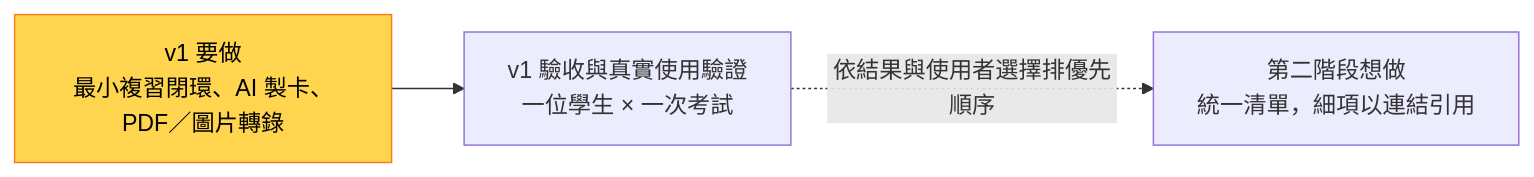
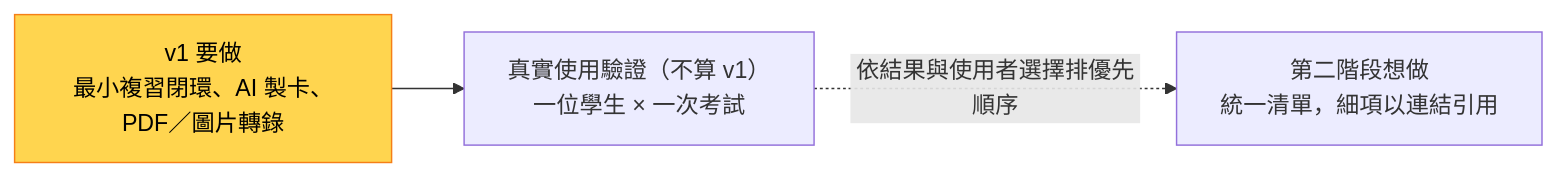
One commit to kuohappiness/Essence-Cards changed the diagram in docs/roadmap.md. Above: the diagram before and after it, drawn with Mermaid. The commit also changed other lines of this file and 6 other files, not shown here.

````diff
--- a/docs/roadmap.md
+++ b/docs/roadmap.md
@@ -26,6 +26,6 @@
 ```mermaid
 flowchart LR
-  A["v1 要做<br/>最小複習閉環、AI 製卡、PDF／圖片轉錄"]:::now --> B["v1 驗收與真實使用驗證<br/>一位學生 × 一次考試"]
+  A["v1 要做<br/>最小複習閉環、AI 製卡、PDF／圖片轉錄"]:::now --> B["真實使用驗證（不算 v1）<br/>一位學生 × 一次考試"]
   B -.->|依結果與使用者選擇排優先順序| C["第二階段想做<br/>統一清單，細項以連結引用"]
   classDef now fill:#ffd54f,stroke:#f57f17,color:#000
 ```
````
